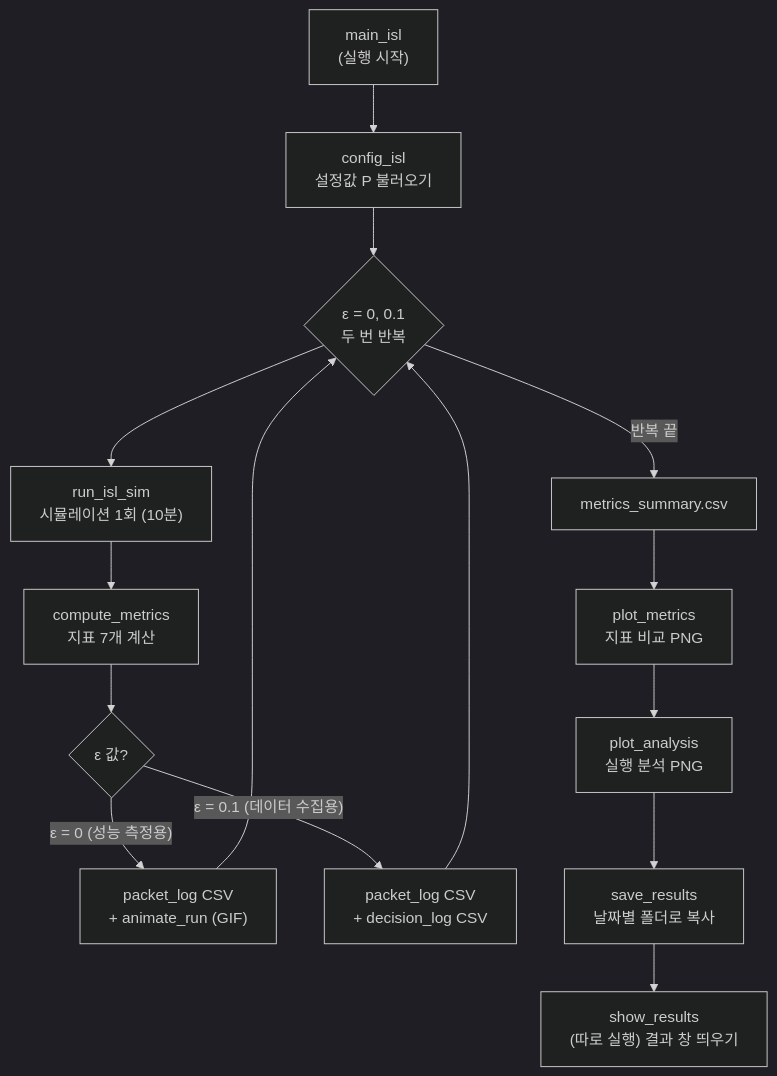
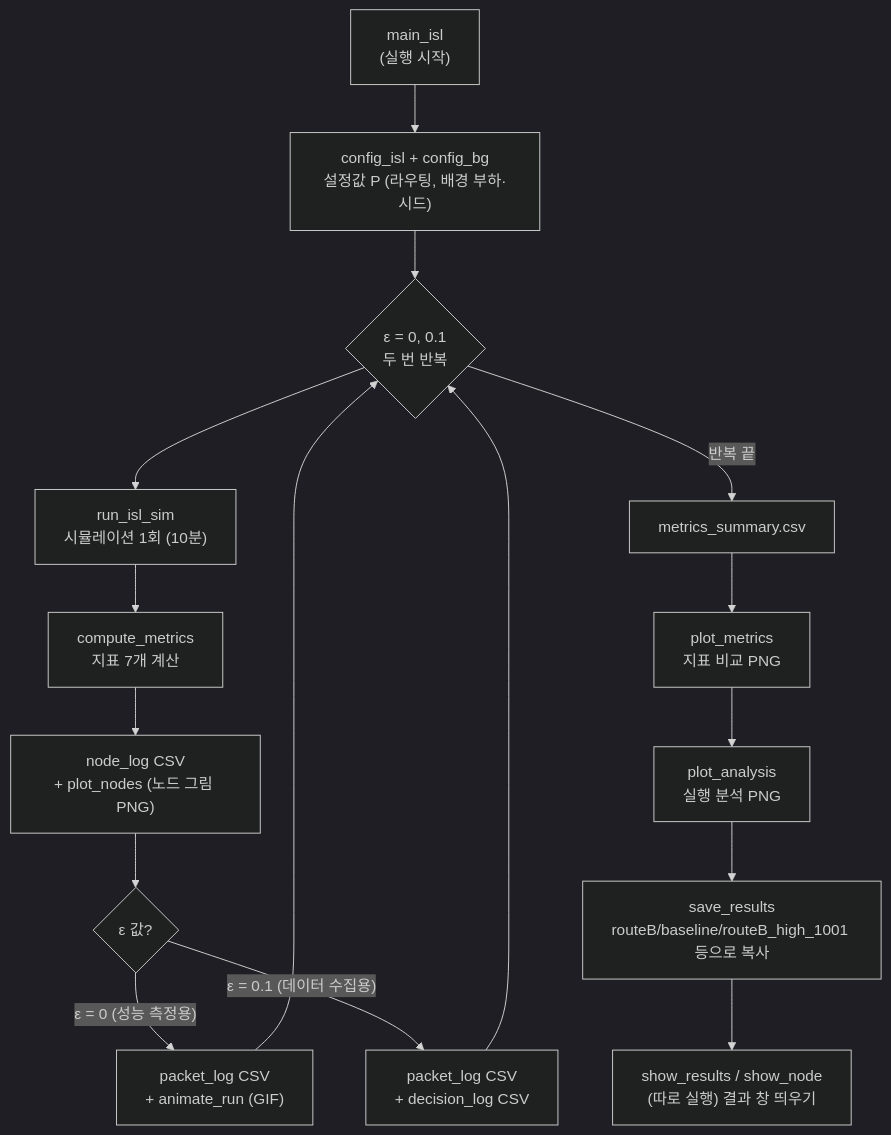
One commit to 26-2-capstone2/26-2capstone2 changed the first of 4 diagrams in flow.md. Above: the diagram before and after it, drawn with Mermaid (dark theme). The commit also changed other lines of this file and 2 other files, not shown here.

Commit message:
README, csv.md, flow.md 최신 내용으로 수정

````diff
--- a/flow.md
+++ b/flow.md
@@ -9,17 +10,18 @@
 ```mermaid
 flowchart TD
-    A["main_isl<br/>(실행 시작)"] --> B["config_isl<br/>설정값 P 불러오기"]
+    A["main_isl<br/>(실행 시작)"] --> B["config_isl + config_bg<br/>설정값 P (라우팅, 배경 부하·시드)"]
     B --> C{"ε = 0, 0.1<br/>두 번 반복"}
     C --> D["run_isl_sim<br/>시뮬레이션 1회 (10분)"]
     D --> E["compute_metrics<br/>지표 7개 계산"]
-    E --> F{"ε 값?"}
+    E --> N["node_log CSV<br/>+ plot_nodes (노드 그림 PNG)"]
+    N --> F{"ε 값?"}
     F -- "ε = 0 (성능 측정용)" --> G["packet_log CSV<br/>+ animate_run (GIF)"]
     F -- "ε = 0.1 (데이터 수집용)" --> H["packet_log CSV<br/>+ decision_log CSV"]
     G --> C
     H --> C
     C -- "반복 끝" --> I["metrics_summary.csv"]
     I --> J["plot_metrics<br/>지표 비교 PNG"]
     J --> K["plot_analysis<br/>실행 분석 PNG"]
-    K --> L["save_results<br/>날짜별 폴더로 복사"]
-    L --> M["show_results<br/>(따로 실행) 결과 창 띄우기"]
+    K --> L["save_results<br/>routeB/baseline/routeB_high_1001 등으로 복사"]
+    L --> M["show_results / show_node<br/>(따로 실행) 결과 창 띄우기"]
 ```
````
